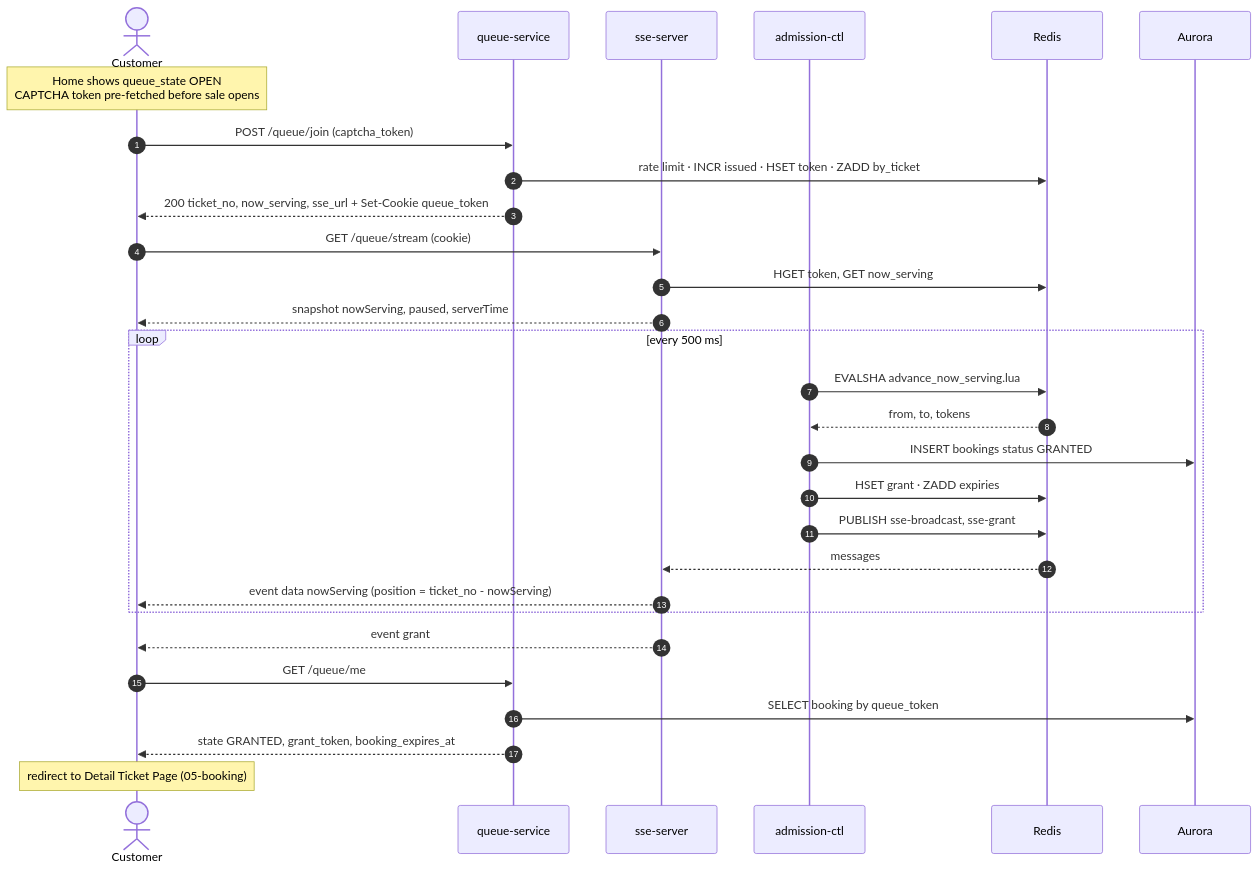
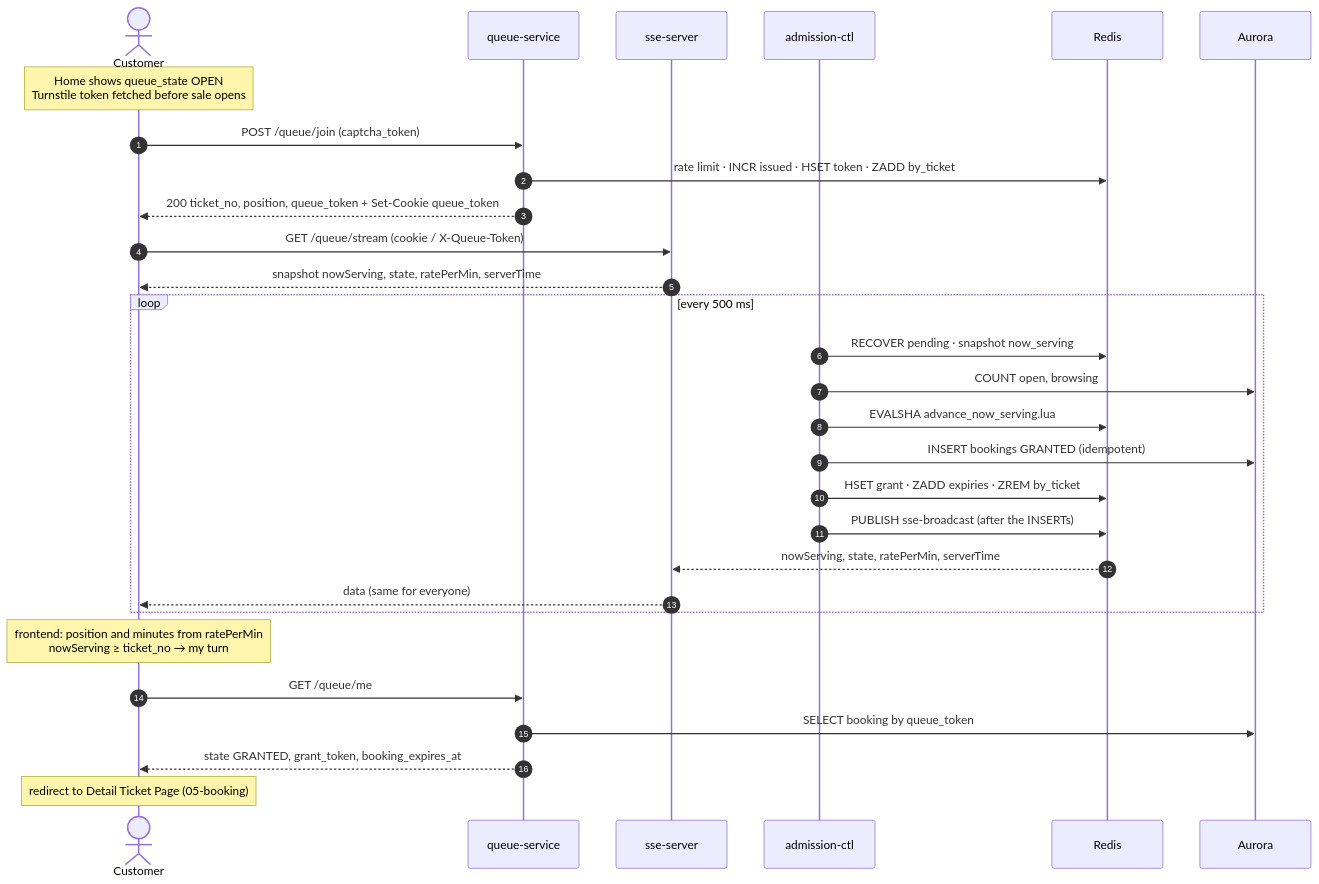
The second of 5 diagrams in docs/04-queue/README.md (PTServerJanganTumbang-BookingTicket/be-rusuh-war-ticketing), drawn with Mermaid before and after one commit. The commit also changed other lines of this file and 19 other files, not shown here.

````diff
--- a/docs/04-queue/README.md
+++ b/docs/04-queue/README.md
@@ -59,35 +78,35 @@
 ```mermaid
 sequenceDiagram
     autonumber
     actor C as Customer
     participant Q as queue-service
     participant SSE as sse-server
     participant CTL as admission-ctl
     participant R as Redis
     participant DB as Aurora
 
-    Note over C: Home shows queue_state OPEN<br/>CAPTCHA token pre-fetched before sale opens
+    Note over C: Home shows queue_state OPEN<br/>Turnstile token fetched before sale opens
     C->>Q: POST /queue/join (captcha_token)
     Q->>R: rate limit · INCR issued · HSET token · ZADD by_ticket
-    Q-->>C: 200 ticket_no, now_serving, sse_url + Set-Cookie queue_token
+    Q-->>C: 200 ticket_no, position, queue_token + Set-Cookie queue_token
 
-    C->>SSE: GET /queue/stream (cookie)
-    SSE->>R: HGET token, GET now_serving
-    SSE-->>C: snapshot nowServing, paused, serverTime
+    C->>SSE: GET /queue/stream (cookie / X-Queue-Token)
+    SSE-->>C: snapshot nowServing, state, ratePerMin, serverTime
 
     loop every 500 ms
+        CTL->>R: RECOVER pending · snapshot now_serving
+        CTL->>DB: COUNT open, browsing
         CTL->>R: EVALSHA advance_now_serving.lua
-        R-->>CTL: from, to, tokens
-        CTL->>DB: INSERT bookings status GRANTED
-        CTL->>R: HSET grant · ZADD expiries
-        CTL->>R: PUBLISH sse-broadcast, sse-grant
-        R-->>SSE: messages
-        SSE-->>C: event data nowServing (position = ticket_no - nowServing)
+        CTL->>DB: INSERT bookings GRANTED (idempotent)
+        CTL->>R: HSET grant · ZADD expiries · ZREM by_ticket
+        CTL->>R: PUBLISH sse-broadcast (after the INSERTs)
+        R-->>SSE: nowServing, state, ratePerMin, serverTime
+        SSE-->>C: data (same for everyone)
     end
 
-    SSE-->>C: event grant
+    Note over C: frontend: position and minutes from ratePerMin<br/>nowServing ≥ ticket_no → my turn
     C->>Q: GET /queue/me
     Q->>DB: SELECT booking by queue_token
     Q-->>C: state GRANTED, grant_token, booking_expires_at
     Note over C: redirect to Detail Ticket Page (05-booking)
 ```
````
